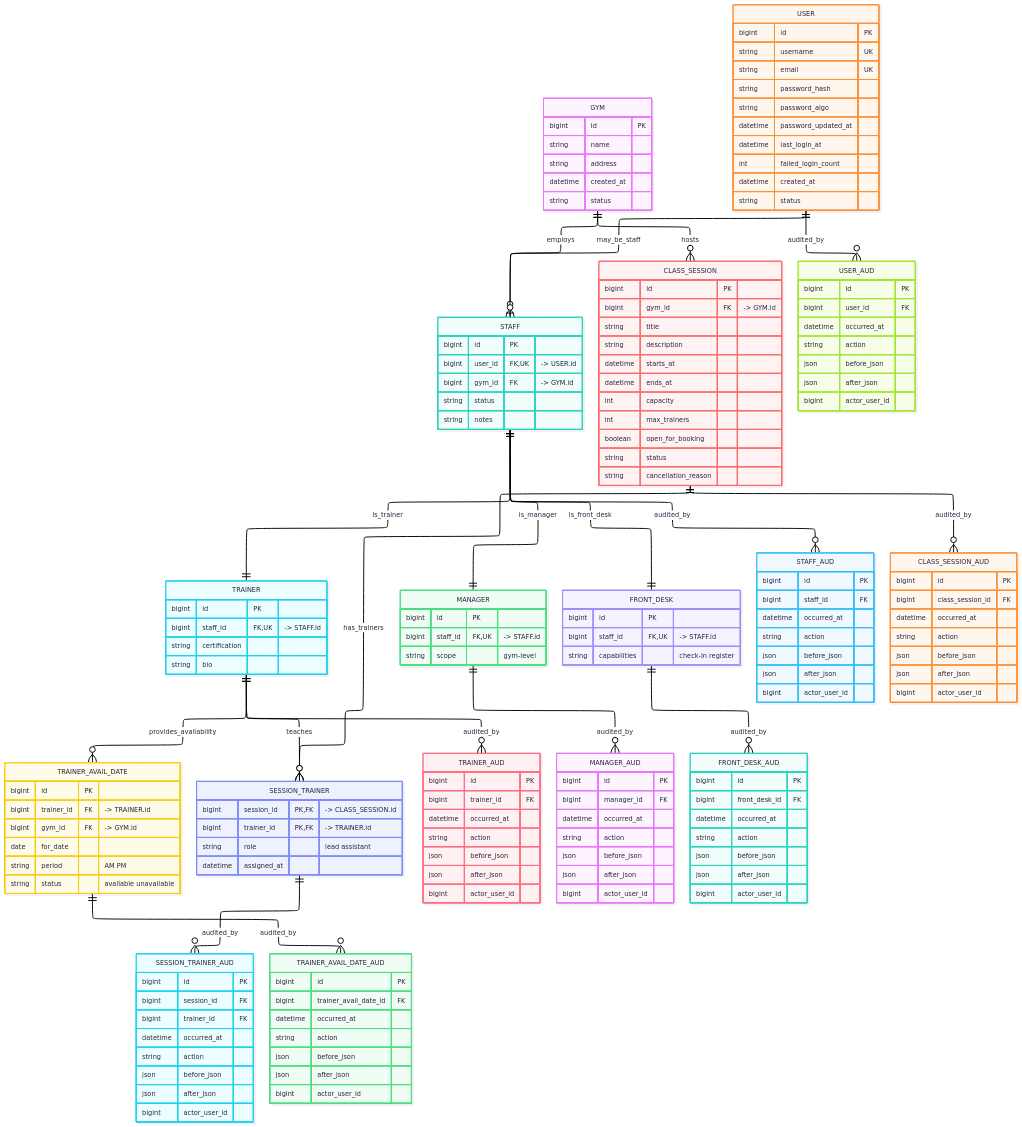
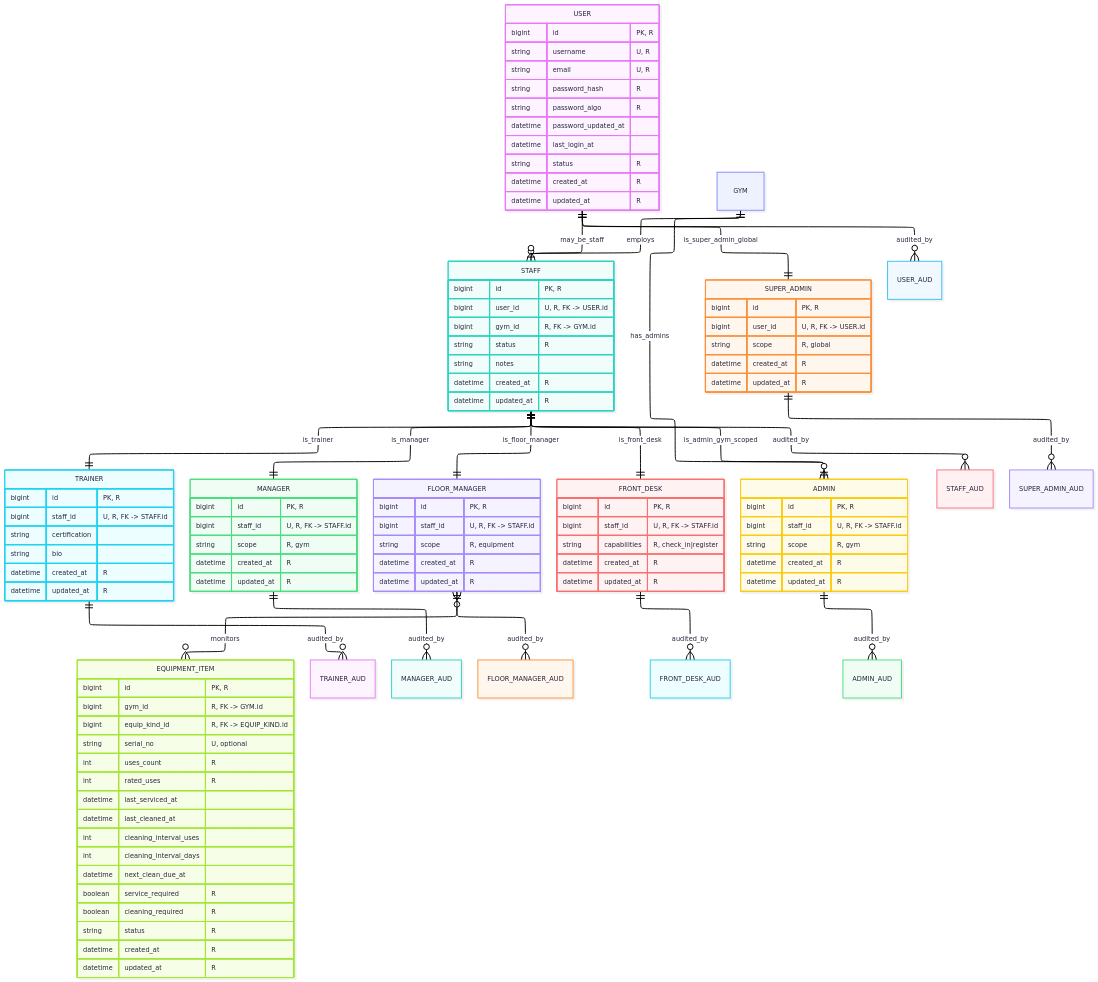
One commit to jic48-rutgers/FitDB changed the third of 7 diagrams in docs/ERDs.md. Above: the diagram before and after it, drawn with Mermaid. The commit also changed other lines of this file, not shown here.

Commit message:
overhauled ERDs.md, just missing triggers and how audits work exactly

````diff
--- a/docs/ERDs.md
+++ b/docs/ERDs.md
@@ -199,108 +191,114 @@
     nodePlacementStrategy: LINEAR_SEGMENTS
 ---
 erDiagram
-    %% staff, classes, and trainer availability (+ audits)
+    %% Gym & Equipment
 
-    %% relationships
-    GYM ||--o{ STAFF : employs
-    USER ||--o| STAFF : may_be_staff
-    STAFF ||--|| TRAINER : is_trainer
-    STAFF ||--|| MANAGER : is_manager
-    STAFF ||--|| FRONT_DESK : is_front_desk
+    %% Relationships
+    USER  ||--o| STAFF         : may_be_staff
+    USER  ||--|| SUPER_ADMIN   : is_super_admin_global
+    STAFF ||--|| TRAINER       : is_trainer
+    STAFF ||--|| MANAGER       : is_manager
+    STAFF ||--|| FLOOR_MANAGER : is_floor_manager
+    STAFF ||--|| FRONT_DESK    : is_front_desk
+    STAFF ||--|| ADMIN         : is_admin_gym_scoped
 
-    GYM ||--o{ CLASS_SESSION : hosts
-    TRAINER ||--o{ TRAINER_AVAIL_DATE : provides_availability
-    CLASS_SESSION ||--o{ SESSION_TRAINER : has_trainers
-    TRAINER ||--o{ SESSION_TRAINER : teaches
+    GYM   ||--o{ STAFF         : employs
+    GYM   ||--o{ ADMIN         : has_admins
 
-    %% audits
+    %% Floor manager duty
+    FLOOR_MANAGER }o--o{ EQUIPMENT_ITEM : monitors
+
+    %% Audits
     USER ||--o{ USER_AUD : audited_by
     STAFF ||--o{ STAFF_AUD : audited_by
     TRAINER ||--o{ TRAINER_AUD : audited_by
     MANAGER ||--o{ MANAGER_AUD : audited_by
+    FLOOR_MANAGER ||--o{ FLOOR_MANAGER_AUD : audited_by
     FRONT_DESK ||--o{ FRONT_DESK_AUD : audited_by
-    CLASS_SESSION ||--o{ CLASS_SESSION_AUD : audited_by
-    SESSION_TRAINER ||--o{ SESSION_TRAINER_AUD : audited_by
-    TRAINER_AVAIL_DATE ||--o{ TRAINER_AVAIL_DATE_AUD : audited_by
+    ADMIN ||--o{ ADMIN_AUD : audited_by
+    SUPER_ADMIN ||--o{ SUPER_ADMIN_AUD : audited_by
 
-    %% entities
+    %% Entities
     USER {
-        bigint id PK
-        string username UK
-        string email UK
-        string password_hash
-        string password_algo
-        datetime password_updated_at
-        datetime last_login_at
-        int failed_login_count
-        datetime created_at
-        string status
+        bigint id "PK, R"
+        string username "U, R"
+        string email "U, R"
+        string password_hash "R"
+        string password_algo "R"
+        datetime password_updated_at ""
+        datetime last_login_at ""
+        string status "R"
+        datetime created_at "R"
+        datetime updated_at "R"
     }
     STAFF {
-        bigint id PK
-        bigint user_id FK, UK "-> USER.id"
-        bigint gym_id FK "-> GYM.id"
-        string status
-        string notes
+        bigint id "PK, R"
+        bigint user_id "U, R, FK -> USER.id"
+        bigint gym_id "R, FK -> GYM.id"
+        string status "R"
+        string notes ""
+        datetime created_at "R"
+        datetime updated_at "R"
     }
     TRAINER {
-        bigint id PK
-        bigint staff_id FK, UK "-> STAFF.id"
-        string certification
-        string bio
+        bigint id "PK, R"
+        bigint staff_id "U, R, FK -> STAFF.id"
+        string certification ""
+        string bio ""
+        datetime created_at "R"
+        datetime updated_at "R"
     }
     MANAGER {
-        bigint id PK
-        bigint staff_id FK, UK "-> STAFF.id"
-        string scope "gym-level"
+        bigint id "PK, R"
+        bigint staff_id "U, R, FK -> STAFF.id"
+        string scope "R, gym"
+        datetime created_at "R"
+        datetime updated_at "R"
+    }
+    FLOOR_MANAGER {
+        bigint id "PK, R"
+        bigint staff_id "U, R, FK -> STAFF.id"
+        string scope "R, equipment"
+        datetime created_at "R"
+        datetime updated_at "R"
     }
     FRONT_DESK {
-        bigint id PK
-        bigint staff_id FK, UK "-> STAFF.id"
-        string capabilities "check-in register"
+        bigint id "PK, R"
+        bigint staff_id "U, R, FK -> STAFF.id"
+        string capabilities "R, check_in|register"
+        datetime created_at "R"
+        datetime updated_at "R"
     }
-    TRAINER_AVAIL_DATE {
-        bigint id PK
-        bigint trainer_id FK "-> TRAINER.id"
-        bigint gym_id FK "-> GYM.id"
-        date for_date
-        string period "AM PM"
-        string status "available unavailable"
+    ADMIN {
+        bigint id "PK, R"
+        bigint staff_id "U, R, FK -> STAFF.id"
+        string scope "R, gym"
+        datetime created_at "R"
+        datetime updated_at "R"
     }
-    CLASS_SESSION {
-        bigint id PK
-        bigint gym_id FK "-> GYM.id"
-        string title
-        string description
-        datetime starts_at
-        datetime ends_at
-        int capacity
-        int max_trainers
-        boolean open_for_booking
-        string status
-        string cancellation_reason
+    SUPER_ADMIN {
+        bigint id "PK, R"
+        bigint user_id "U, R, FK -> USER.id"
+        string scope "R, global"
+        datetime created_at "R"
+        datetime updated_at "R"
     }
-    SESSION_TRAINER {
-        bigint session_id PK, FK "-> CLASS_SESSION.id"
-        bigint trainer_id PK, FK "-> TRAINER.id"
-        string role "lead assistant"
-        datetime assigned_at
+    EQUIPMENT_ITEM {
+        bigint id "PK, R"
+        bigint gym_id "R, FK -> GYM.id"
+        bigint equip_kind_id "R, FK -> EQUIP_KIND.id"
+        string serial_no "U, optional"
+        int uses_count "R"
+        int rated_uses "R"
+        datetime last_serviced_at ""
+        datetime last_cleaned_at ""
+        int cleaning_interval_uses ""
+        int cleaning_interval_days ""
+        datetime next_clean_due_at ""
+        boolean service_required "R"
+        boolean cleaning_required "R"
+        string status "R"
+        datetime created_at "R"
+        datetime updated_at "R"
     }
-    GYM {
-        bigint id PK
-        string name
-        string address
-        datetime created_at
-        string status
-    }
-
-    %% audit tables
-    USER_AUD { bigint id PK  bigint user_id FK  datetime occurred_at string action json before_json json after_json bigint actor_user_id }
-    STAFF_AUD { bigint id PK  bigint staff_id FK  datetime occurred_at string action json before_json json after_json bigint actor_user_id }
-    TRAINER_AUD { bigint id PK  bigint trainer_id FK  datetime occurred_at string action json before_json json after_json bigint actor_user_id }
-    MANAGER_AUD { bigint id PK  bigint manager_id FK  datetime occurred_at string action json before_json json after_json bigint actor_user_id }
-    FRONT_DESK_AUD { bigint id PK  bigint front_desk_id FK  datetime occurred_at string action json before_json json after_json bigint actor_user_id }
-    CLASS_SESSION_AUD { bigint id PK  bigint class_session_id FK  datetime occurred_at string action json before_json json after_json bigint actor_user_id }
-    SESSION_TRAINER_AUD { bigint id PK  bigint session_id FK  bigint trainer_id FK  datetime occurred_at string action json before_json json after_json bigint actor_user_id }
-    TRAINER_AVAIL_DATE_AUD { bigint id PK  bigint trainer_avail_date_id FK  datetime occurred_at string action json before_json json after_json bigint actor_user_id }
 ```
````
